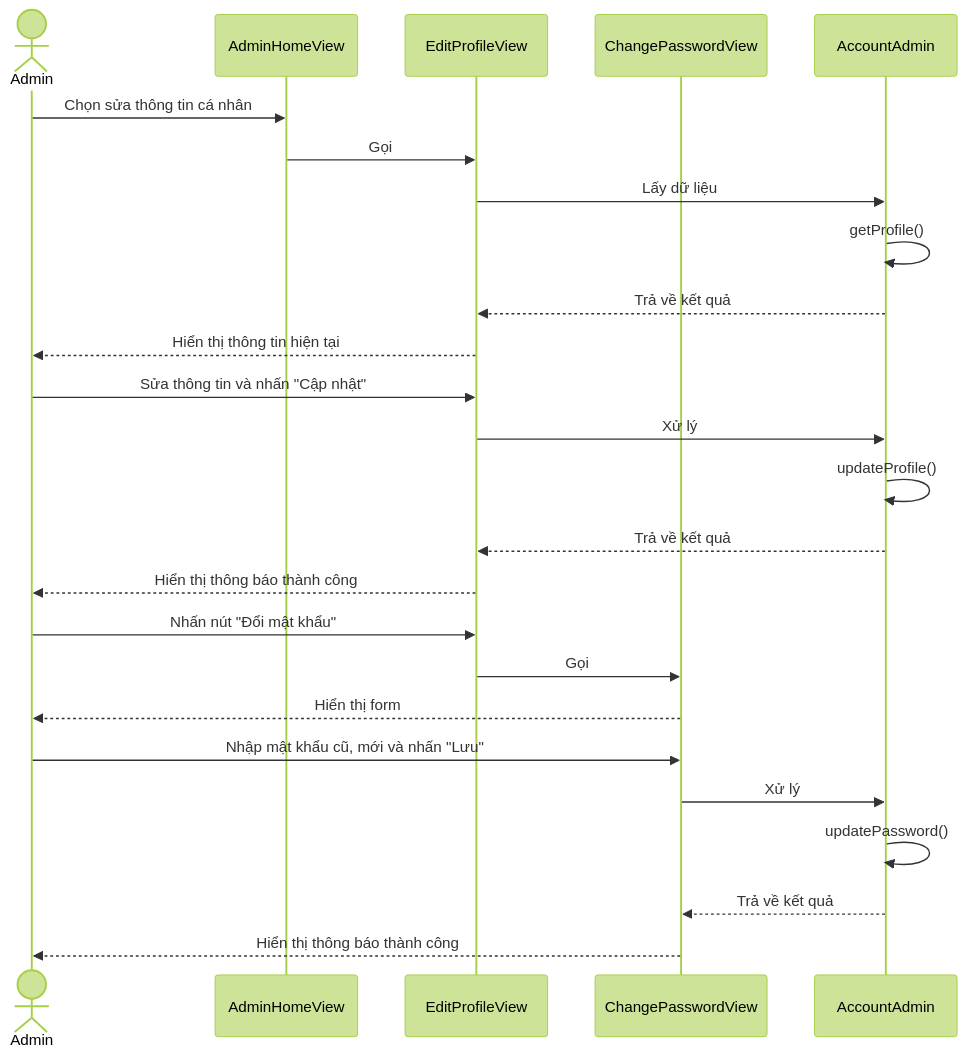
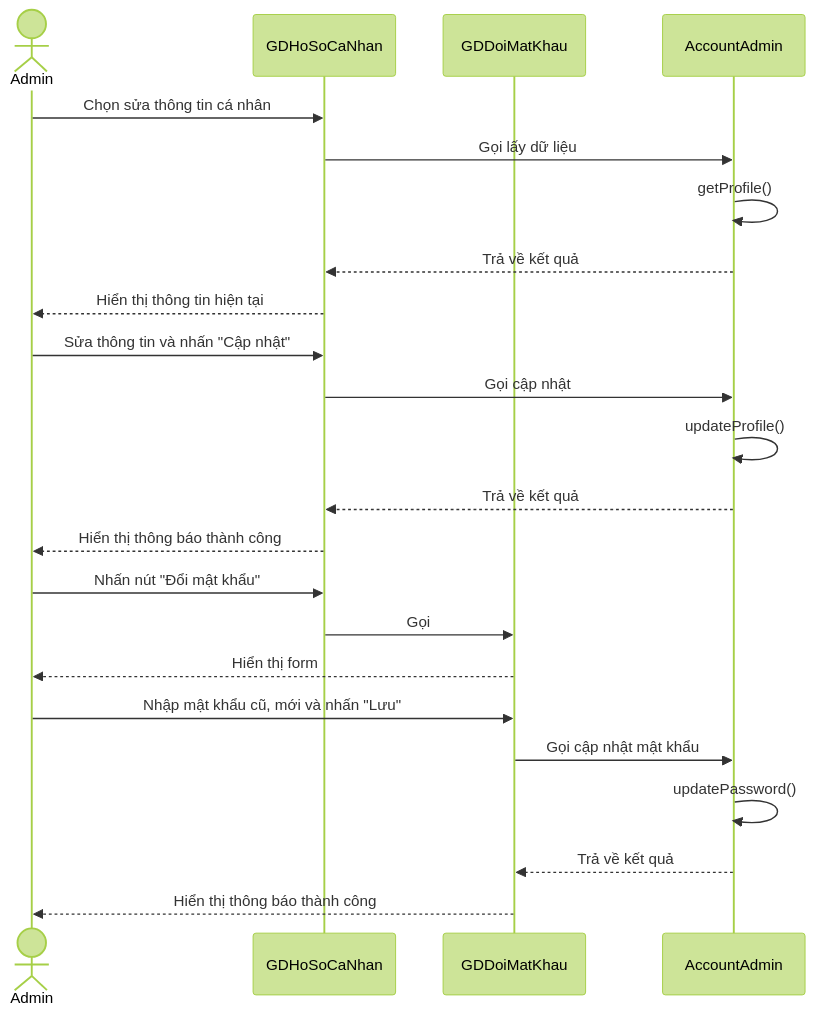
One commit to Hieuit04/Travel-Tour-Booking changed diagram 20 of 44 in SYSTEM_DESIGN_ADMIN_SETTING_PROFILE.md. Above: the diagram before and after it, drawn with Mermaid (forest theme). The commit also changed other lines of this file and 35 other files, not shown here.

Commit message:
hiển thị dữ liệu ra top header

````diff
--- a/SYSTEM_DESIGN_ADMIN_SETTING_PROFILE.md
+++ b/SYSTEM_DESIGN_ADMIN_SETTING_PROFILE.md
@@ -399,29 +1240,27 @@
 ```mermaid
 sequenceDiagram
     actor Admin
-    participant AdminHomeView
-    participant EditProfileView
-    participant ChangePasswordView
+    participant GDHoSoCaNhan
+    participant GDDoiMatKhau
     participant AccountAdmin
 
-    Admin->>AdminHomeView: Chọn sửa thông tin cá nhân
-    AdminHomeView->>EditProfileView: Gọi
-    EditProfileView->>AccountAdmin: Lấy dữ liệu
+    Admin->>GDHoSoCaNhan: Chọn sửa thông tin cá nhân
+    GDHoSoCaNhan->>AccountAdmin: Gọi lấy dữ liệu
     AccountAdmin->>AccountAdmin: getProfile()
-    AccountAdmin-->>EditProfileView: Trả về kết quả
-    EditProfileView-->>Admin: Hiển thị thông tin hiện tại
-    Admin->>EditProfileView: Sửa thông tin và nhấn "Cập nhật"
-    EditProfileView->>AccountAdmin: Xử lý
+    AccountAdmin-->>GDHoSoCaNhan: Trả về kết quả
+    GDHoSoCaNhan-->>Admin: Hiển thị thông tin hiện tại
+    Admin->>GDHoSoCaNhan: Sửa thông tin và nhấn "Cập nhật"
+    GDHoSoCaNhan->>AccountAdmin: Gọi cập nhật
     AccountAdmin->>AccountAdmin: updateProfile()
-    AccountAdmin-->>EditProfileView: Trả về kết quả
-    EditProfileView-->>Admin: Hiển thị thông báo thành công
+    AccountAdmin-->>GDHoSoCaNhan: Trả về kết quả
+    GDHoSoCaNhan-->>Admin: Hiển thị thông báo thành công
 
-    Admin->>EditProfileView: Nhấn nút "Đổi mật khẩu"
-    EditProfileView->>ChangePasswordView: Gọi
-    ChangePasswordView-->>Admin: Hiển thị form
-    Admin->>ChangePasswordView: Nhập mật khẩu cũ, mới và nhấn "Lưu"
-    ChangePasswordView->>AccountAdmin: Xử lý
+    Admin->>GDHoSoCaNhan: Nhấn nút "Đổi mật khẩu"
+    GDHoSoCaNhan->>GDDoiMatKhau: Gọi
+    GDDoiMatKhau-->>Admin: Hiển thị form
+    Admin->>GDDoiMatKhau: Nhập mật khẩu cũ, mới và nhấn "Lưu"
+    GDDoiMatKhau->>AccountAdmin: Gọi cập nhật mật khẩu
     AccountAdmin->>AccountAdmin: updatePassword()
-    AccountAdmin-->>ChangePasswordView: Trả về kết quả
-    ChangePasswordView-->>Admin: Hiển thị thông báo thành công
+    AccountAdmin-->>GDDoiMatKhau: Trả về kết quả
+    GDDoiMatKhau-->>Admin: Hiển thị thông báo thành công
 ```
````
